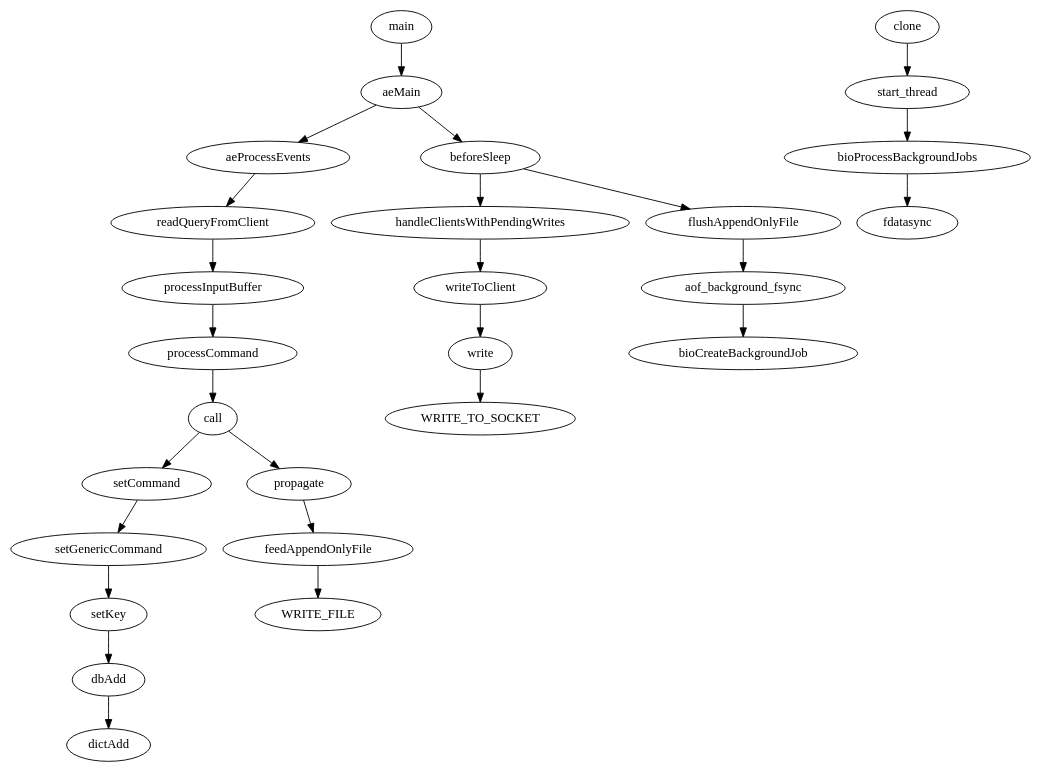
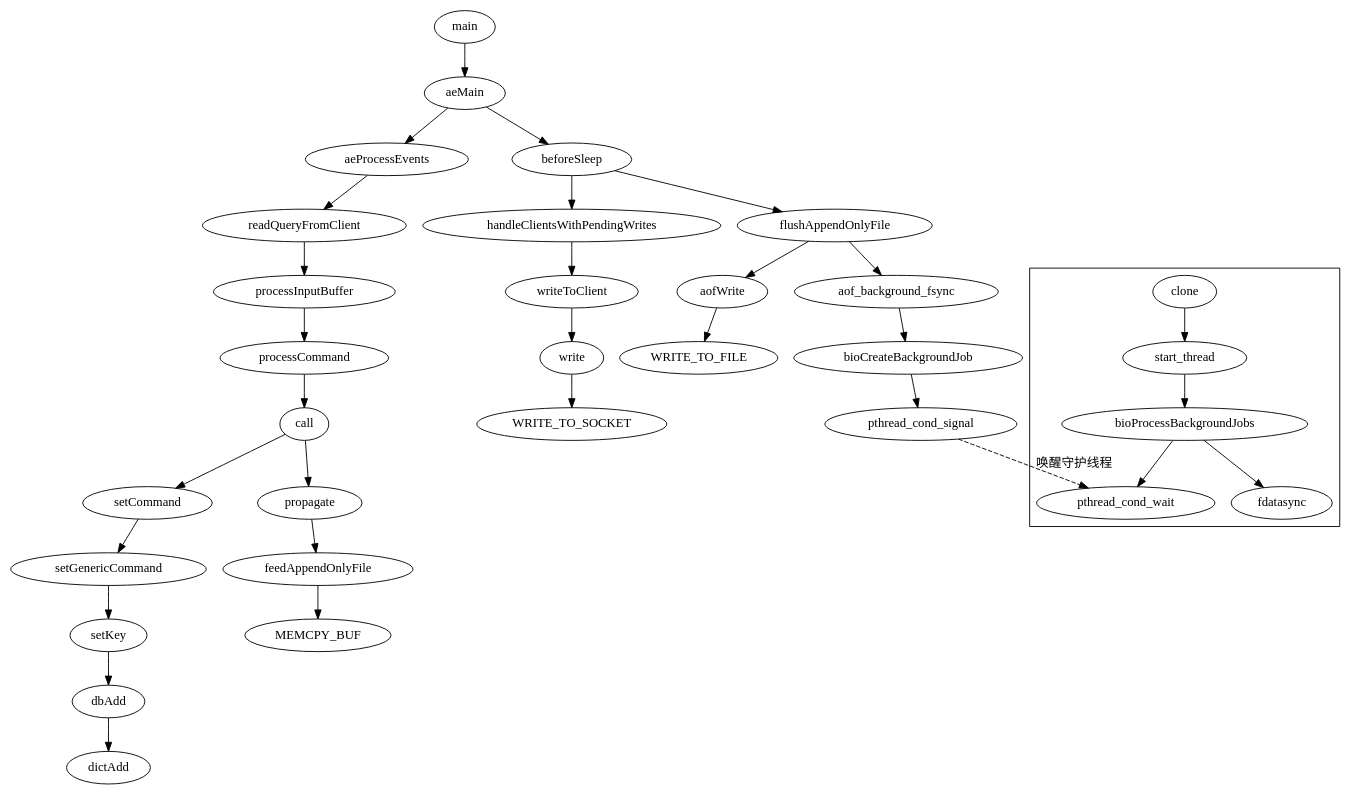
The diagram in read_redis/redis_set.dot (769344359/read_redis), drawn with Graphviz before and after one commit. The commit also changed 3 other files, not shown here.

Commit message:
添加图片

```diff
--- a/read_redis/redis_set.dot
+++ b/read_redis/redis_set.dot
@@ -1,8 +1,14 @@
 strict digraph G {
 
 main->aeMain->aeProcessEvents->readQueryFromClient->processInputBuffer->processCommand->call->setCommand->setGenericCommand->setKey->dbAdd->dictAdd
 main->aeMain->beforeSleep->handleClientsWithPendingWrites->writeToClient->write->WRITE_TO_SOCKET
-main->aeMain->beforeSleep->flushAppendOnlyFile->aof_background_fsync->bioCreateBackgroundJob
-main->aeMain->aeProcessEvents->readQueryFromClient->processInputBuffer->processCommand->call->propagate->feedAppendOnlyFile->WRITE_FILE
+main->aeMain->beforeSleep->flushAppendOnlyFile->aofWrite->WRITE_TO_FILE
+main->aeMain->beforeSleep->flushAppendOnlyFile->aof_background_fsync->bioCreateBackgroundJob->pthread_cond_signal
+main->aeMain->aeProcessEvents->readQueryFromClient->processInputBuffer->processCommand->call->propagate->feedAppendOnlyFile->MEMCPY_BUF
+subgraph cluster1{
+clone->start_thread->bioProcessBackgroundJobs->pthread_cond_wait
 clone->start_thread->bioProcessBackgroundJobs->fdatasync
 }
+pthread_cond_signal->pthread_cond_wait [ style="dashed",label="唤醒守护线程" ]
+
+}
```
